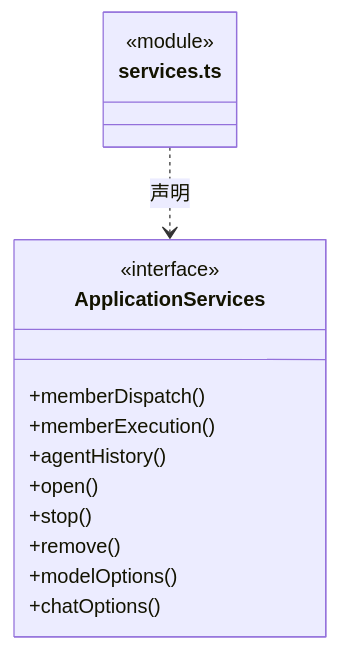
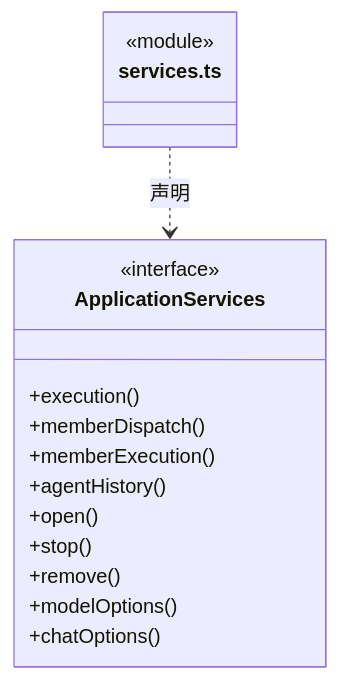
Before and after one commit to nan023062/cbim: the third of 4 diagrams in src/backend/main/ipc/ARCHITECTURE.md, drawn with Mermaid. The commit also changed other lines of this file and 52 other files, not shown here.

````diff
--- a/src/backend/main/ipc/ARCHITECTURE.md
+++ b/src/backend/main/ipc/ARCHITECTURE.md
@@ -63,18 +63,19 @@
 ```mermaid
 classDiagram
 class N_src_backend_main_ipc_services_ts["services.ts"] {
   <<module>>
 }
 class N_src_backend_main_ipc_services_ts_ApplicationServices["ApplicationServices"] {
   <<interface>>
+  +execution()
   +memberDispatch()
   +memberExecution()
   +agentHistory()
   +open()
   +stop()
   +remove()
   +modelOptions()
   +chatOptions()
 }
 N_src_backend_main_ipc_services_ts ..> N_src_backend_main_ipc_services_ts_ApplicationServices : 声明
 ```
````
